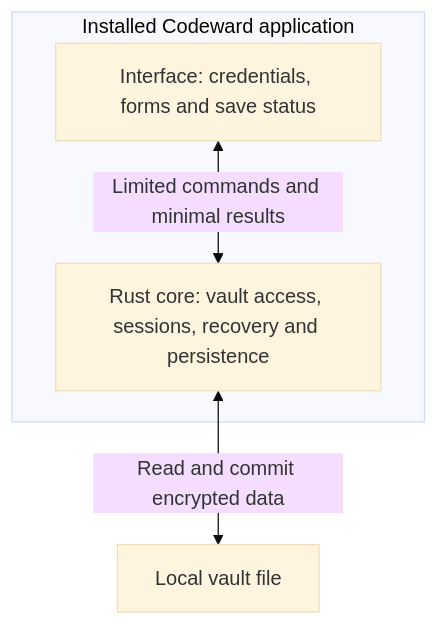
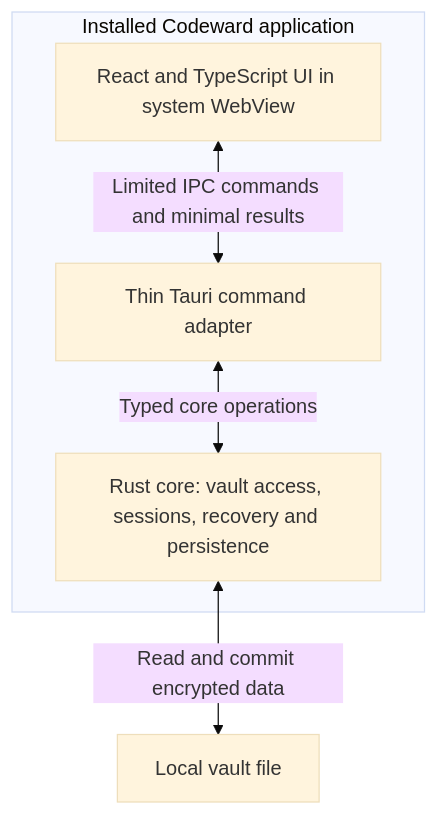
One commit to versatileisonline/codeward changed the second of 3 diagrams in docs/system-design.md. Above: the diagram before and after it, drawn with Mermaid (base theme). The commit also changed other lines of this file and 9 other files, not shown here.

Commit message:
docs: define Tauri UI-core command and data contract

````diff
--- a/docs/system-design.md
+++ b/docs/system-design.md
@@ -50,9 +51,11 @@
 ```mermaid
 flowchart TB
     subgraph app["Installed Codeward application"]
-        ui["Interface: credentials, forms and save status"]
+        ui["React and TypeScript UI in system WebView"]
+        adapter["Thin Tauri command adapter"]
         core["Rust core: vault access, sessions, recovery and persistence"]
-        ui <-->|"Limited commands and minimal results"| core
+        ui <-->|"Limited IPC commands and minimal results"| adapter
+        adapter <-->|"Typed core operations"| core
     end
     core <-->|"Read and commit encrypted data"| vault["Local vault file"]
 ```
````
